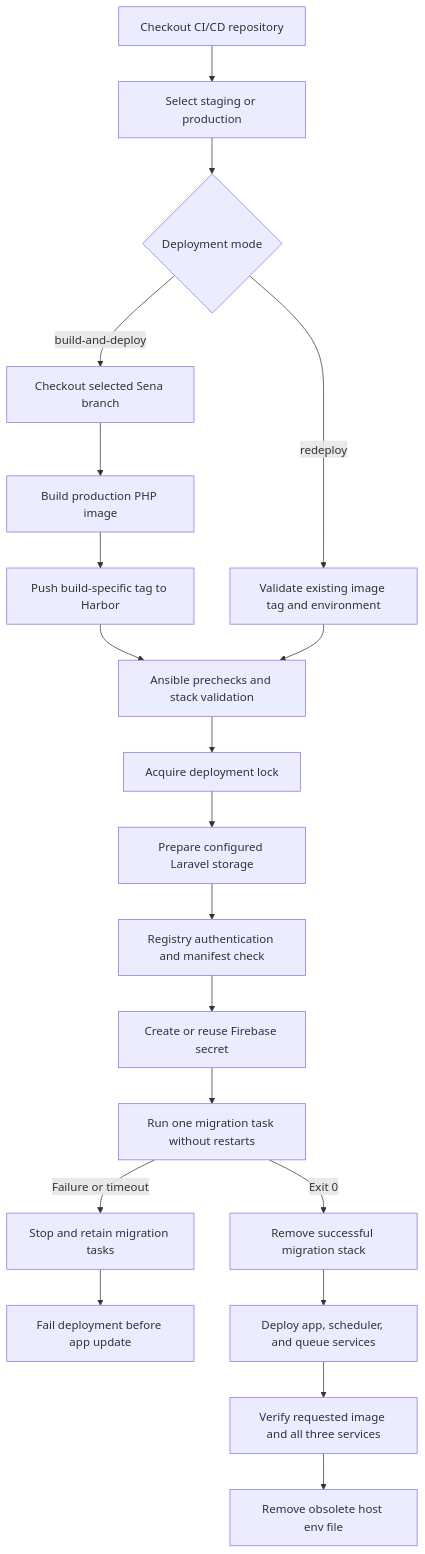
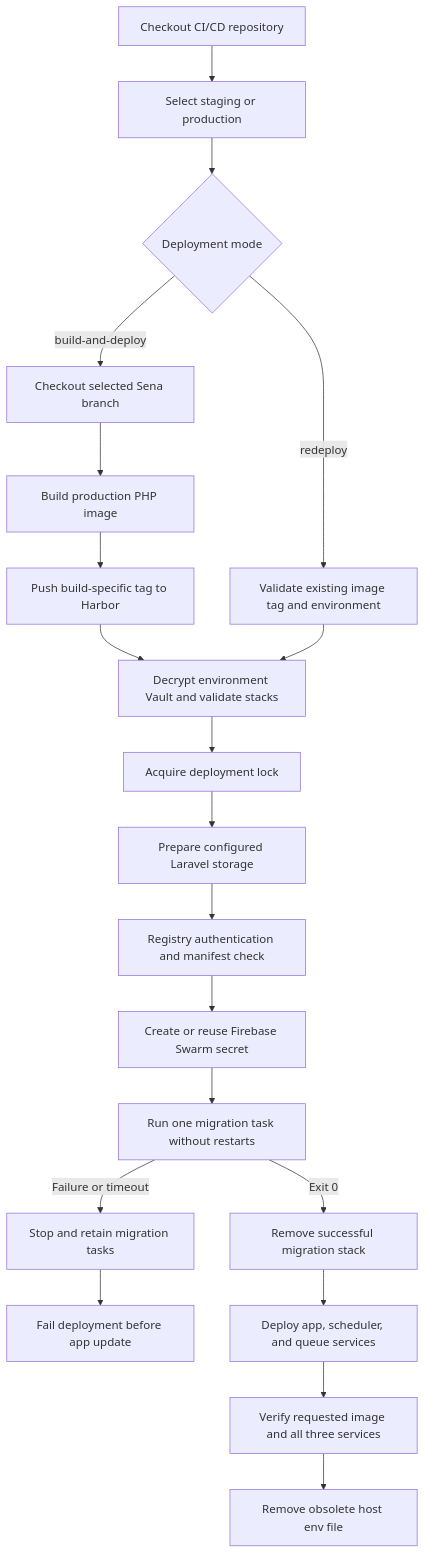
Before and after one commit to innovity-Technologies-Inc/sena-coreapi-cicd: the diagram in README.md, drawn with Mermaid. The commit also changed other lines of this file and 10 other files, not shown here.

Commit message:
Move app secrets and Firebase credentials to environment Vaults

````diff
--- a/README.md
+++ b/README.md
@@ -9,22 +9,22 @@
 ```mermaid
 flowchart TD
     A[Checkout CI/CD repository] --> B[Select staging or production]
     B --> P{Deployment mode}
     P -->|build-and-deploy| C[Checkout selected Sena branch]
     C --> D[Build production PHP image]
     D --> E[Push build-specific tag to Harbor]
-    E --> F[Ansible prechecks and stack validation]
+    E --> F[Decrypt environment Vault and validate stacks]
     P -->|redeploy| R[Validate existing image tag and environment]
     R --> F
     F --> G[Acquire deployment lock]
     G --> G1[Prepare configured Laravel storage]
     G1 --> H[Registry authentication and manifest check]
-    H --> H1[Create or reuse Firebase secret]
+    H --> H1[Create or reuse Firebase Swarm secret]
     H1 --> I[Run one migration task without restarts]
     I -->|Exit 0| J[Remove successful migration stack]
     I -->|Failure or timeout| K[Stop and retain migration tasks]
     K --> L[Fail deployment before app update]
     J --> M[Deploy app, scheduler, and queue services]
     M --> N[Verify requested image and all three services]
     N --> O[Remove obsolete host env file]
 ```
````
